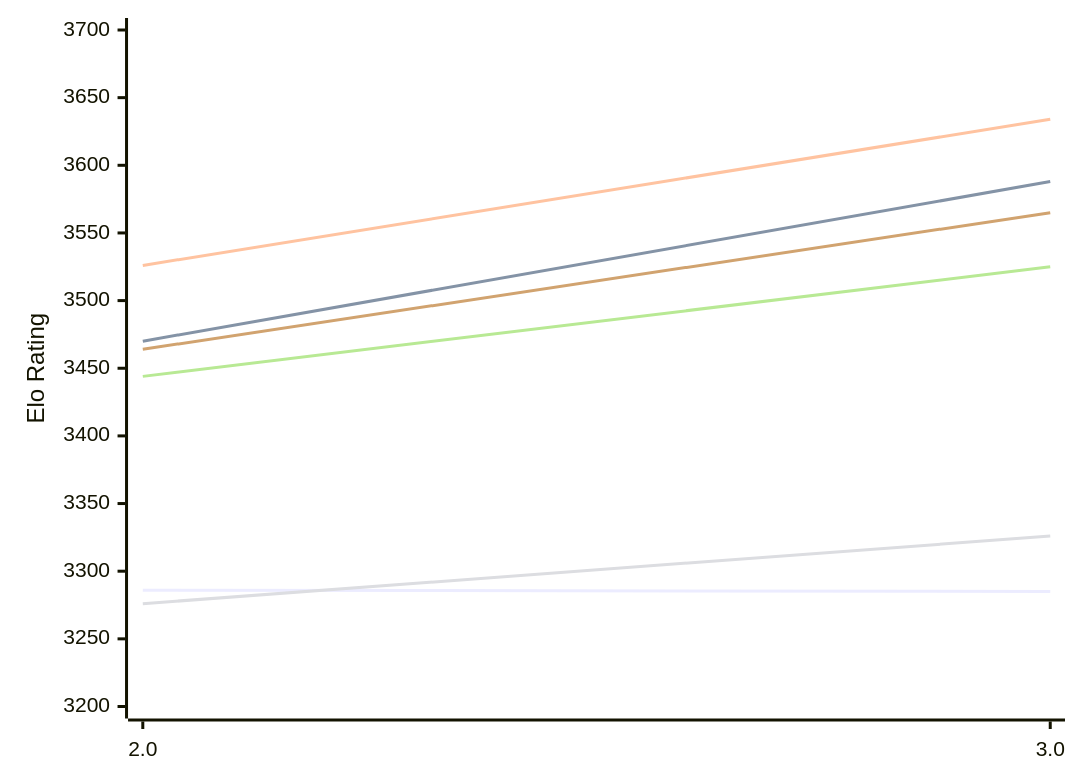
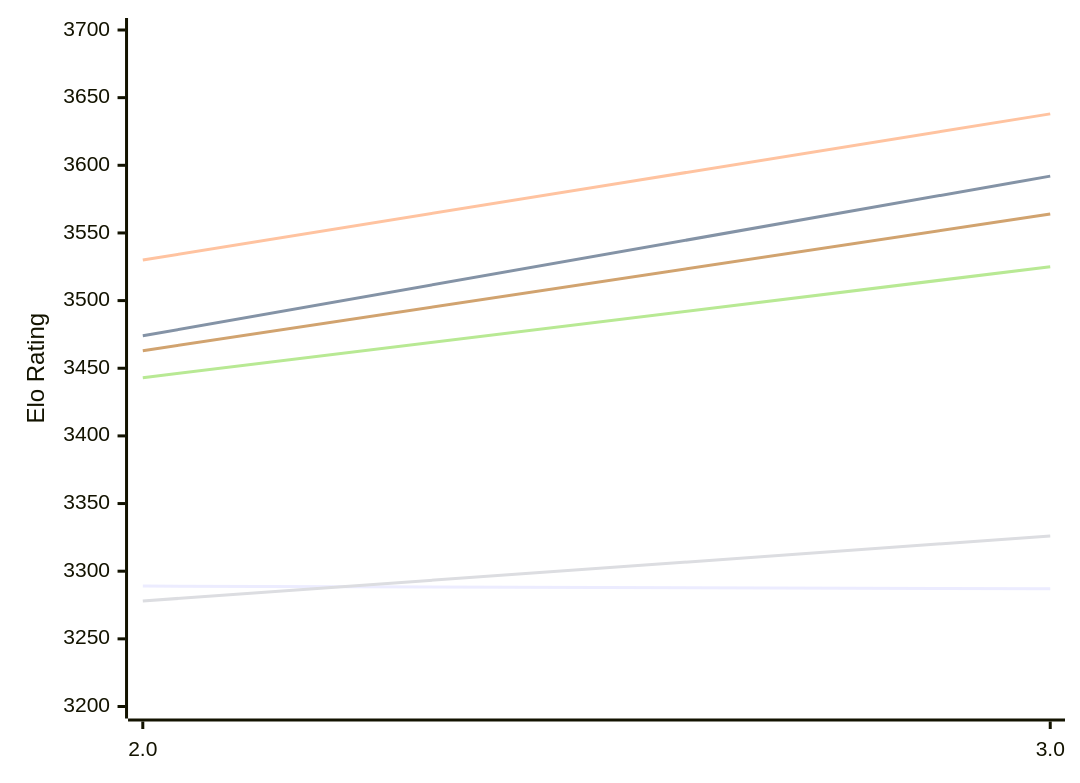
Before and after one commit to computer-chess-index/cci: the first of 2 diagrams in engines/Quanticade.md, drawn with Mermaid. The commit also changed other lines of this file, not shown here.

Commit message:
Update CCI Ratings (ELO VLTC) - 2026-11-22

````diff
--- a/engines/Quanticade.md
+++ b/engines/Quanticade.md
@@ -50,12 +50,12 @@
 ```mermaid
 %%{init: {"theme":"base","themeVariables":{"seriesColors:['#a3a3a3','#222221','#faa371']}}}%%
 xychart-beta
   x-axis ["2.0", "3.0"]
   y-axis "Elo Rating" 3200 --> 3700
-  line "E1: STC (8.0+0.08s)" [3286, 3285]
-  line "E1: LTC (60.0+0.60s)" [3470, 3588]
-  line "E1: VLTC (2m24s+1.12s)" [3526, 3634]
-  line "P1: STC (8.0+0.08s)" [3276, 3326]
-  line "P1: LTC (60.0+0.60s)" [3444, 3525]
-  line "P1: VLTC (2m24s+1.12s)" [3464, 3565]
+  line "E1: STC (8.0+0.08s)" [3289, 3287]
+  line "E1: LTC (60.0+0.60s)" [3474, 3592]
+  line "E1: VLTC (2m24s+1.12s)" [3530, 3638]
+  line "P1: STC (8.0+0.08s)" [3278, 3326]
+  line "P1: LTC (60.0+0.60s)" [3443, 3525]
+  line "P1: VLTC (2m24s+1.12s)" [3463, 3564]
 ```
````
